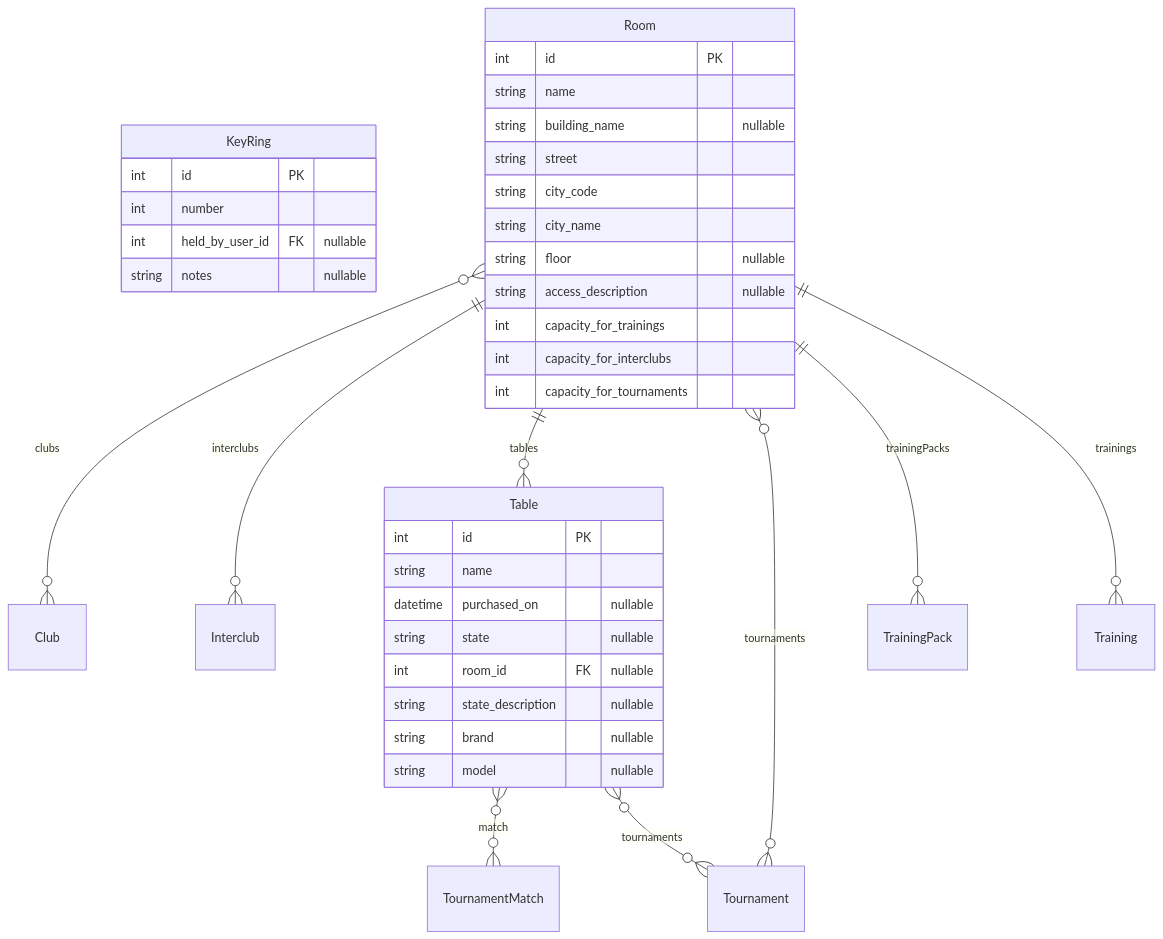
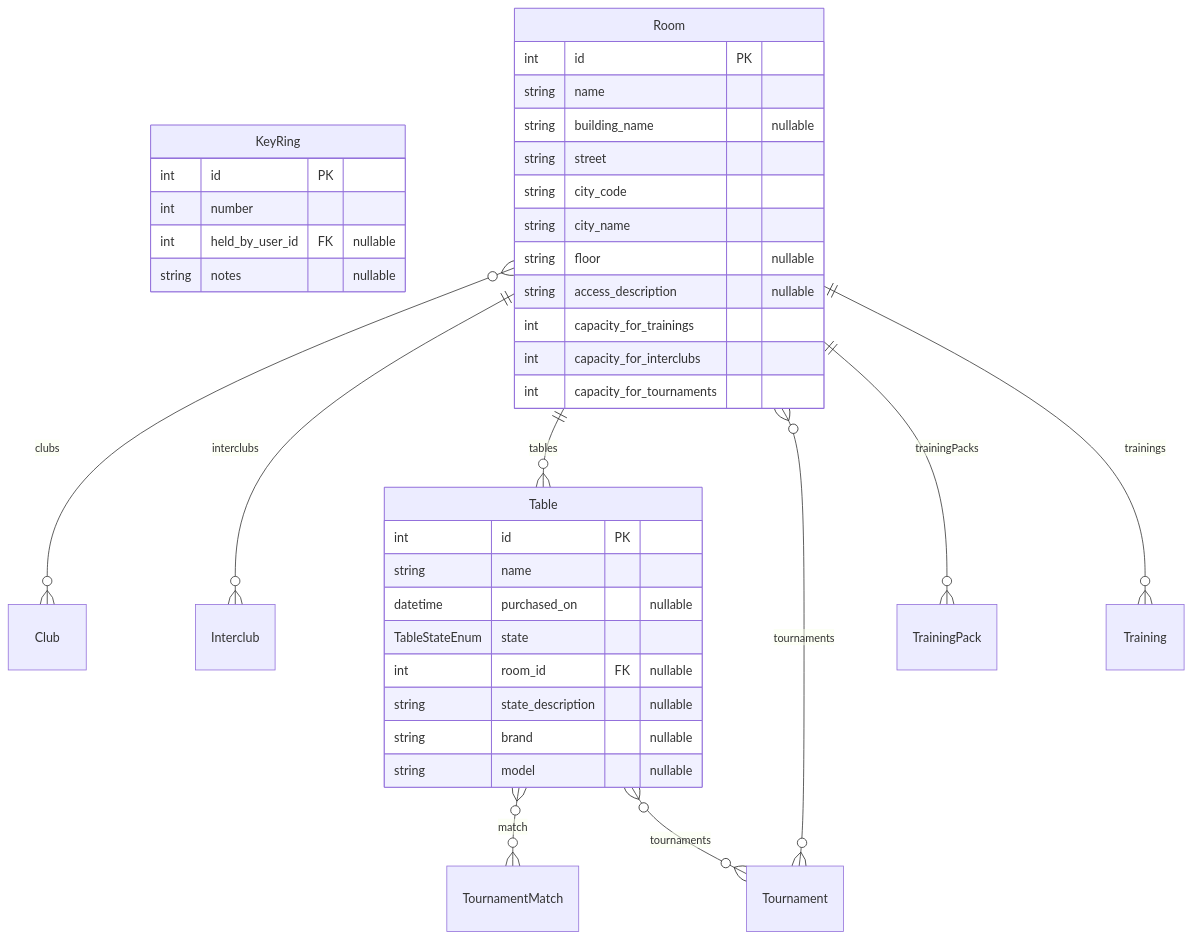
The diagram in docs/erd/clubadmin-club.md (Paupoo/tabletennisclub-app), drawn with Mermaid before and after one commit. The commit also changed 8 other files, not shown here.

````diff
--- a/docs/erd/clubadmin-club.md
+++ b/docs/erd/clubadmin-club.md
@@ -3,41 +3,41 @@
 ```mermaid
 erDiagram
     KeyRing {
         int id PK
         int number
         int held_by_user_id FK "nullable"
         string notes "nullable"
     }
     Room {
         int id PK
         string name
         string building_name "nullable"
         string street
         string city_code
         string city_name
         string floor "nullable"
         string access_description "nullable"
         int capacity_for_trainings
         int capacity_for_interclubs
         int capacity_for_tournaments
     }
     Table {
         int id PK
         string name
         datetime purchased_on "nullable"
-        string state "nullable"
+        TableStateEnum state
         int room_id FK "nullable"
         string state_description "nullable"
         string brand "nullable"
         string model "nullable"
     }
 
     Room }o--o{ Club : "clubs"
     Room ||--o{ Interclub : "interclubs"
     Room ||--o{ Table : "tables"
     Room }o--o{ Tournament : "tournaments"
     Room ||--o{ TrainingPack : "trainingPacks"
     Room ||--o{ Training : "trainings"
     Table }o--o{ TournamentMatch : "match"
     Table }o--o{ Tournament : "tournaments"
 ```
````
